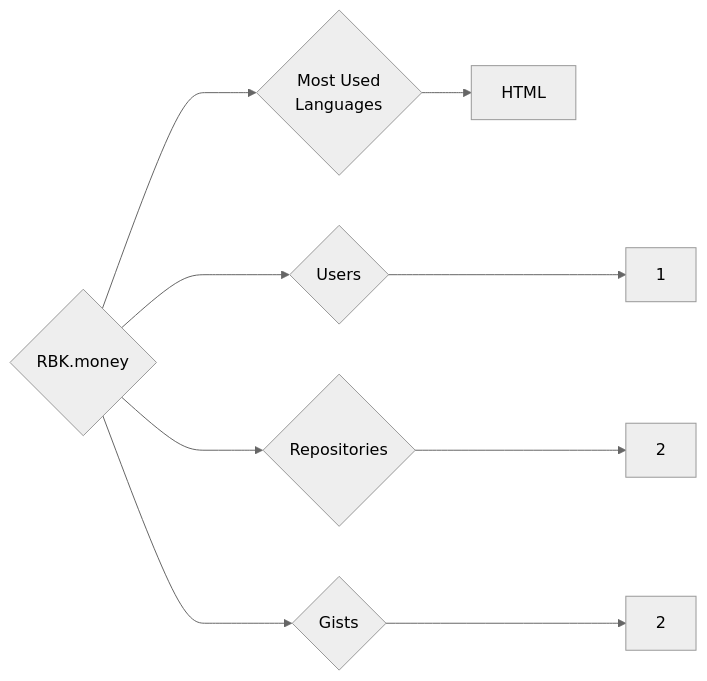
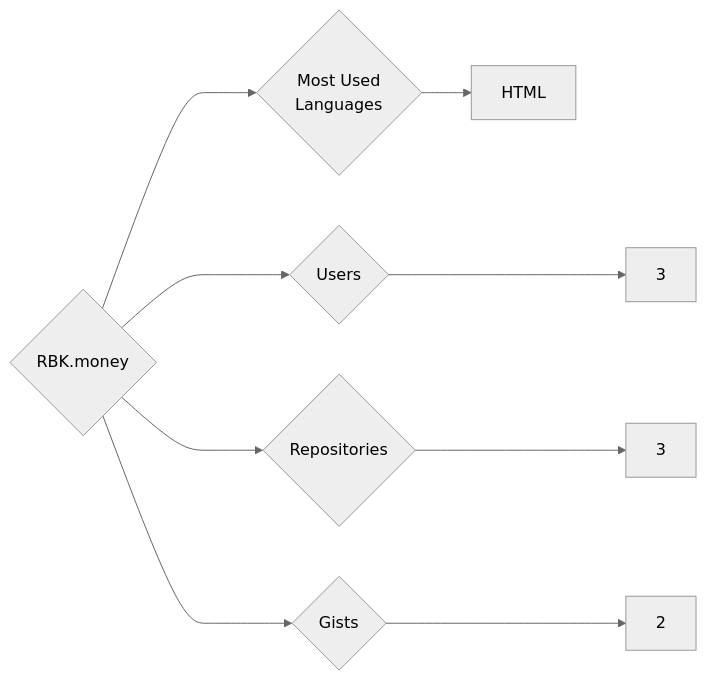
Before and after one commit to trickest/insiders: the diagram in targets/RBK.money/README.md, drawn with Mermaid (neutral theme). The commit also changed 1011 other files, not shown here.

````diff
--- a/targets/RBK.money/README.md
+++ b/targets/RBK.money/README.md
@@ -3,9 +3,9 @@
 ```mermaid
 graph LR
 COMPANY_NAME{RBK.money}
-COMPANY_NAME ---> U{Users} ---> UN[1]
-COMPANY_NAME ---> R{Repositories} ---> RN[2]
+COMPANY_NAME ---> U{Users} ---> UN[3]
+COMPANY_NAME ---> R{Repositories} ---> RN[3]
 COMPANY_NAME ---> G{Gists} ---> GN[2]
 COMPANY_NAME ---> ML{Most Used<br>Languages}
 ML --> HTML[HTML]
 ```
````
